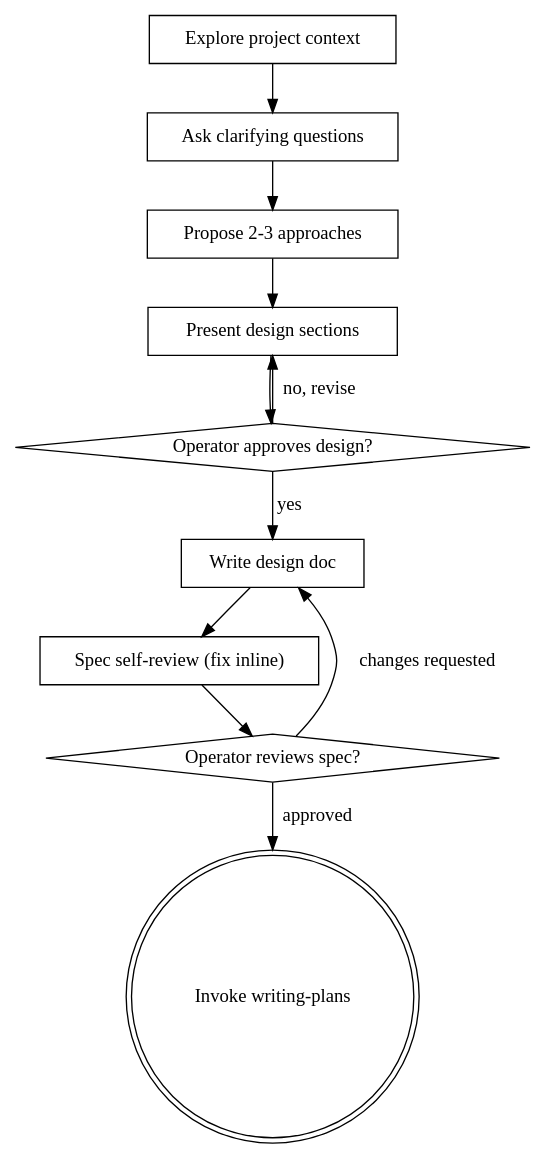
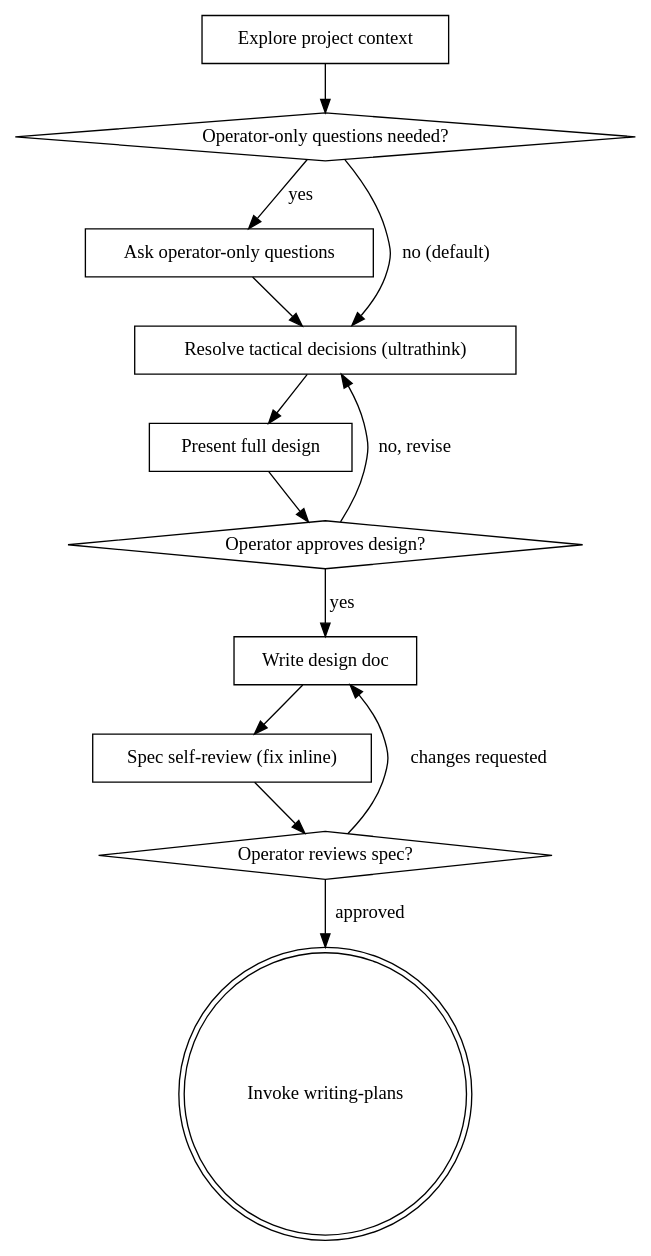
One commit to demarcushill20/Nova-Core changed the diagram in .claude/skills/brainstorming/SKILL.md. Above: the diagram before and after it, drawn with Graphviz. The commit also changed other lines of this file and 1 other file, not shown here.

First line of the commit message:
feat(skill): make brainstorming autonomous on tactical decisions

````diff
--- a/.claude/skills/brainstorming/SKILL.md
+++ b/.claude/skills/brainstorming/SKILL.md
@@ -44,24 +45,27 @@
 ```dot
 digraph brainstorming {
     "Explore project context" [shape=box];
-    "Ask clarifying questions" [shape=box];
-    "Propose 2-3 approaches" [shape=box];
-    "Present design sections" [shape=box];
+    "Operator-only questions needed?" [shape=diamond];
+    "Ask operator-only questions" [shape=box];
+    "Resolve tactical decisions (ultrathink)" [shape=box];
+    "Present full design" [shape=box];
     "Operator approves design?" [shape=diamond];
     "Write design doc" [shape=box];
     "Spec self-review (fix inline)" [shape=box];
     "Operator reviews spec?" [shape=diamond];
     "Invoke writing-plans" [shape=doublecircle];
 
-    "Explore project context" -> "Ask clarifying questions";
-    "Ask clarifying questions" -> "Propose 2-3 approaches";
-    "Propose 2-3 approaches" -> "Present design sections";
-    "Present design sections" -> "Operator approves design?";
-    "Operator approves design?" -> "Present design sections" [label="no, revise"];
+    "Explore project context" -> "Operator-only questions needed?";
+    "Operator-only questions needed?" -> "Ask operator-only questions" [label="yes"];
+    "Operator-only questions needed?" -> "Resolve tactical decisions (ultrathink)" [label="no (default)"];
+    "Ask operator-only questions" -> "Resolve tactical decisions (ultrathink)";
+    "Resolve tactical decisions (ultrathink)" -> "Present full design";
+    "Present full design" -> "Operator approves design?";
+    "Operator approves design?" -> "Resolve tactical decisions (ultrathink)" [label="no, revise"];
     "Operator approves design?" -> "Write design doc" [label="yes"];
     "Write design doc" -> "Spec self-review (fix inline)";
     "Spec self-review (fix inline)" -> "Operator reviews spec?";
     "Operator reviews spec?" -> "Write design doc" [label="changes requested"];
     "Operator reviews spec?" -> "Invoke writing-plans" [label="approved"];
 }
 ```
````
